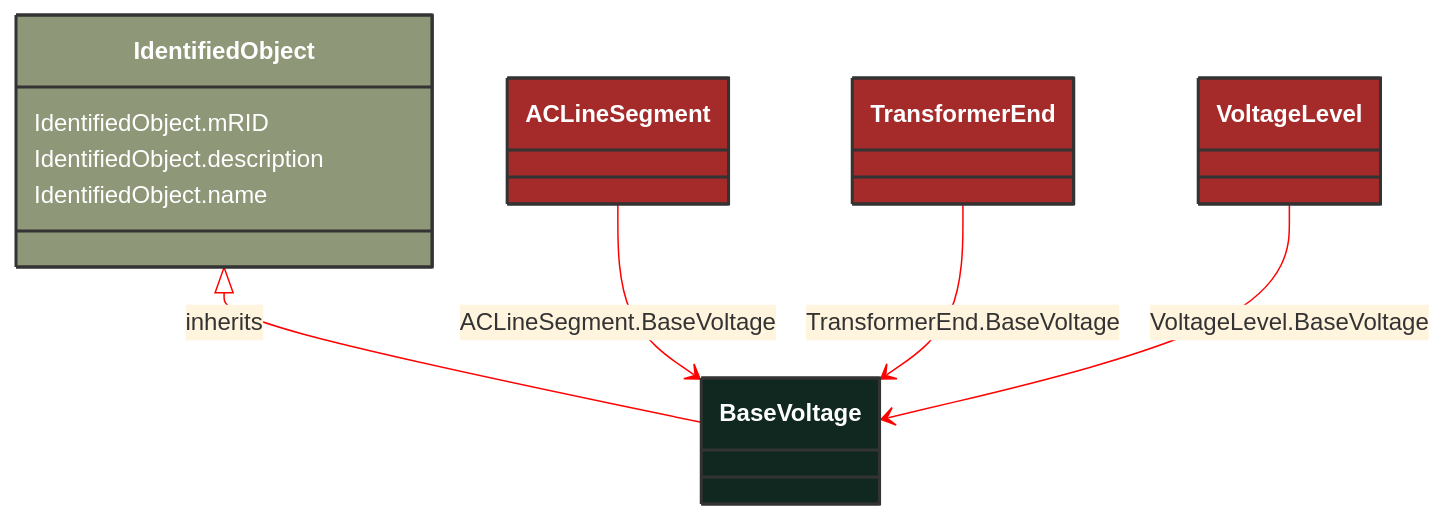
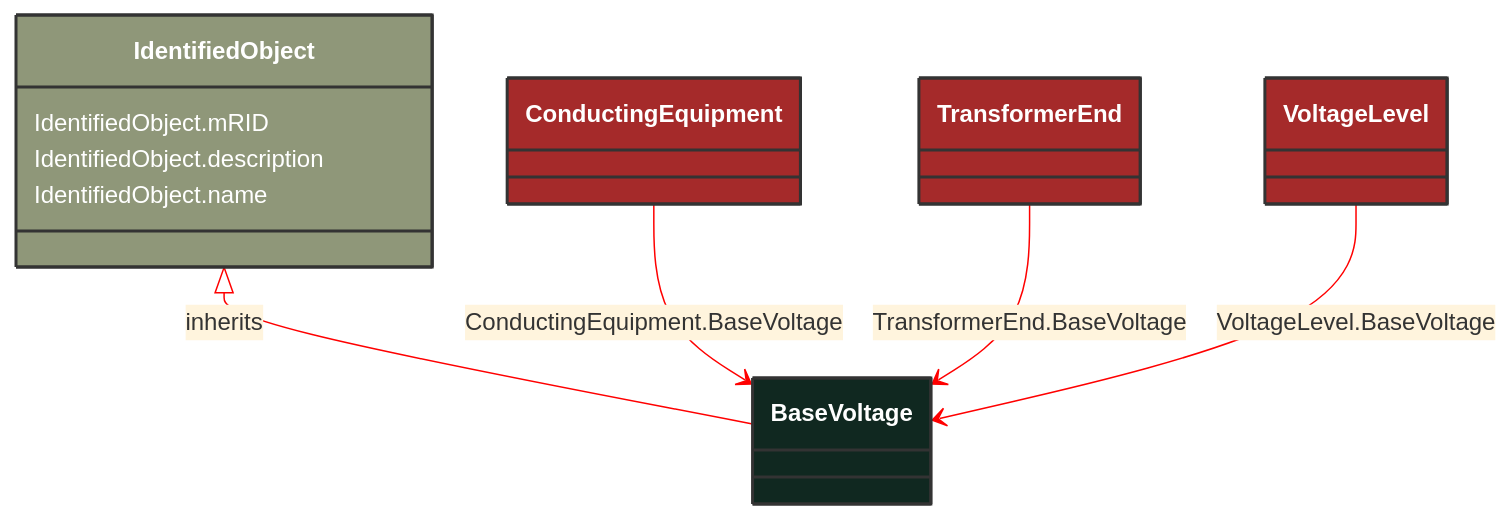
Before and after one commit to 3lbits/NoCIMExtensions: the diagram in docs/Models/Profiles/Telemark-120Equipment/ConcreteClasses/BaseVoltage.md, drawn with Mermaid. The commit also changed 297 other files, not shown here.

````diff
--- a/docs/Models/Profiles/Telemark-120Equipment/ConcreteClasses/BaseVoltage.md
+++ b/docs/Models/Profiles/Telemark-120Equipment/ConcreteClasses/BaseVoltage.md
@@ -8,35 +8,35 @@
 ```mermaid
 %%{init: {'theme':'base','themeVariables': {'lineColor': '#FF0000'}}}%%
 classDiagram
     class BaseVoltage
     click BaseVoltage href "/Models/Profiles/Telemark-120Equipment/ConcreteClasses/BaseVoltage/"
     style BaseVoltage fill:#102820,stroke:#333,stroke-width:2px,rx:10,ry:10,color:white
      
         IdentifiedObject <|-- BaseVoltage : inherits
             click IdentifiedObject href "/Models/Profiles/Telemark-120Equipment/AbstractClasses/IdentifiedObject/"
             style IdentifiedObject fill:#8F9779,stroke:#333,stroke-width:2px,rx:10,ry:10,color:white
 
 
-        ACLineSegment --> BaseVoltage : ACLineSegment.BaseVoltage
+        ConductingEquipment --> BaseVoltage : ConductingEquipment.BaseVoltage
 
-        ACLineSegment
-            click ACLineSegment href "/Models/Profiles/Telemark-120Equipment/ConcreteClasses/ACLineSegment/"
-            style ACLineSegment fill:#A52A2A,stroke:#333,stroke-width:2px,rx:10,ry:10,color:white
+        ConductingEquipment
+            click ConductingEquipment href "/Models/Profiles/Telemark-120Equipment/AbstractClasses/ConductingEquipment/"
+            style ConductingEquipment fill:#A52A2A,stroke:#333,stroke-width:2px,rx:10,ry:10,color:white
 
         TransformerEnd --> BaseVoltage : TransformerEnd.BaseVoltage
 
         TransformerEnd
             click TransformerEnd href "/Models/Profiles/Telemark-120Equipment/AbstractClasses/TransformerEnd/"
             style TransformerEnd fill:#A52A2A,stroke:#333,stroke-width:2px,rx:10,ry:10,color:white
 
         VoltageLevel --> BaseVoltage : VoltageLevel.BaseVoltage
 
         VoltageLevel
             click VoltageLevel href "/Models/Profiles/Telemark-120Equipment/ConcreteClasses/VoltageLevel/"
             style VoltageLevel fill:#A52A2A,stroke:#333,stroke-width:2px,rx:10,ry:10,color:white
 
 
         IdentifiedObject : IdentifiedObject.mRID
         IdentifiedObject : IdentifiedObject.description
         IdentifiedObject : IdentifiedObject.name
 ```
````
